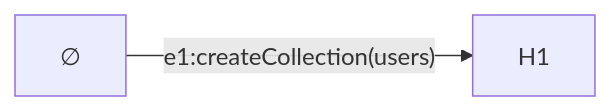
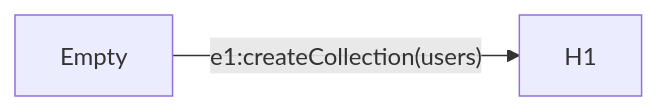
The first of 3 diagrams in docs/architecture docs/subsystems/7. Migration System.md (prisma/prisma-next), drawn with Mermaid before and after one commit. The commit also changed other lines of this file, not shown here.

Commit message:
docs(architecture): use ASCII labels in subsystem 7 mermaid blocks
Mermaid renderers in our docs pipeline drop the U+2205 EMPTY SET glyph
inconsistently. Replace the two ∅ Mermaid node labels (lines 18 and
81) with ASCII "Empty" so both flowcharts render reliably and follow
the existing repo Mermaid convention. The H∅ used in surrounding prose
is unchanged because it is regular markdown, not a Mermaid label.

````diff
--- a/docs/architecture docs/subsystems/7. Migration System.md
+++ b/docs/architecture docs/subsystems/7. Migration System.md
@@ -16,4 +16,4 @@
 ```mermaid
 flowchart LR
-  E["∅"] -- "e1:createCollection(users)" --> H1[H1]
+  E["Empty"] -- "e1:createCollection(users)" --> H1[H1]
 ```
````
